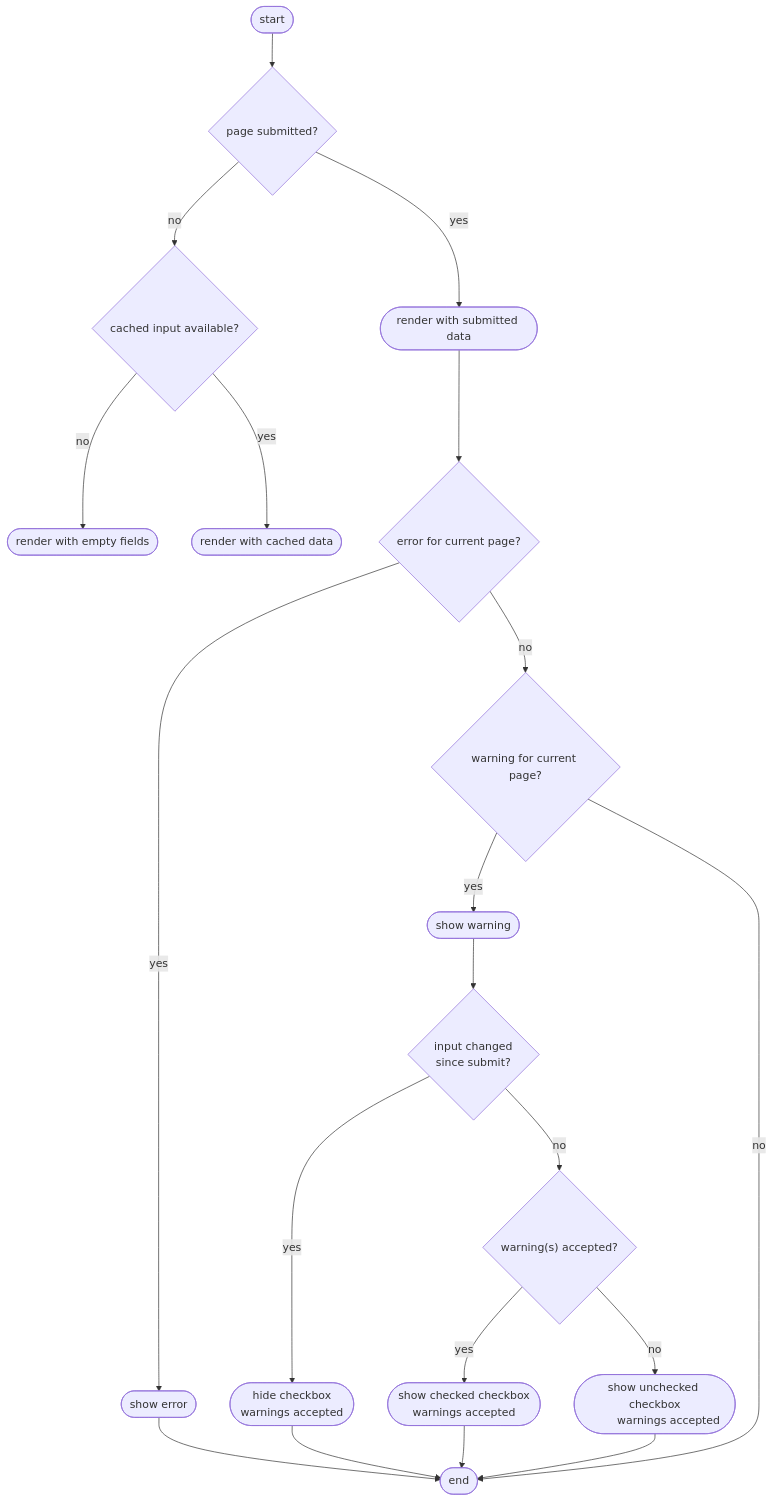
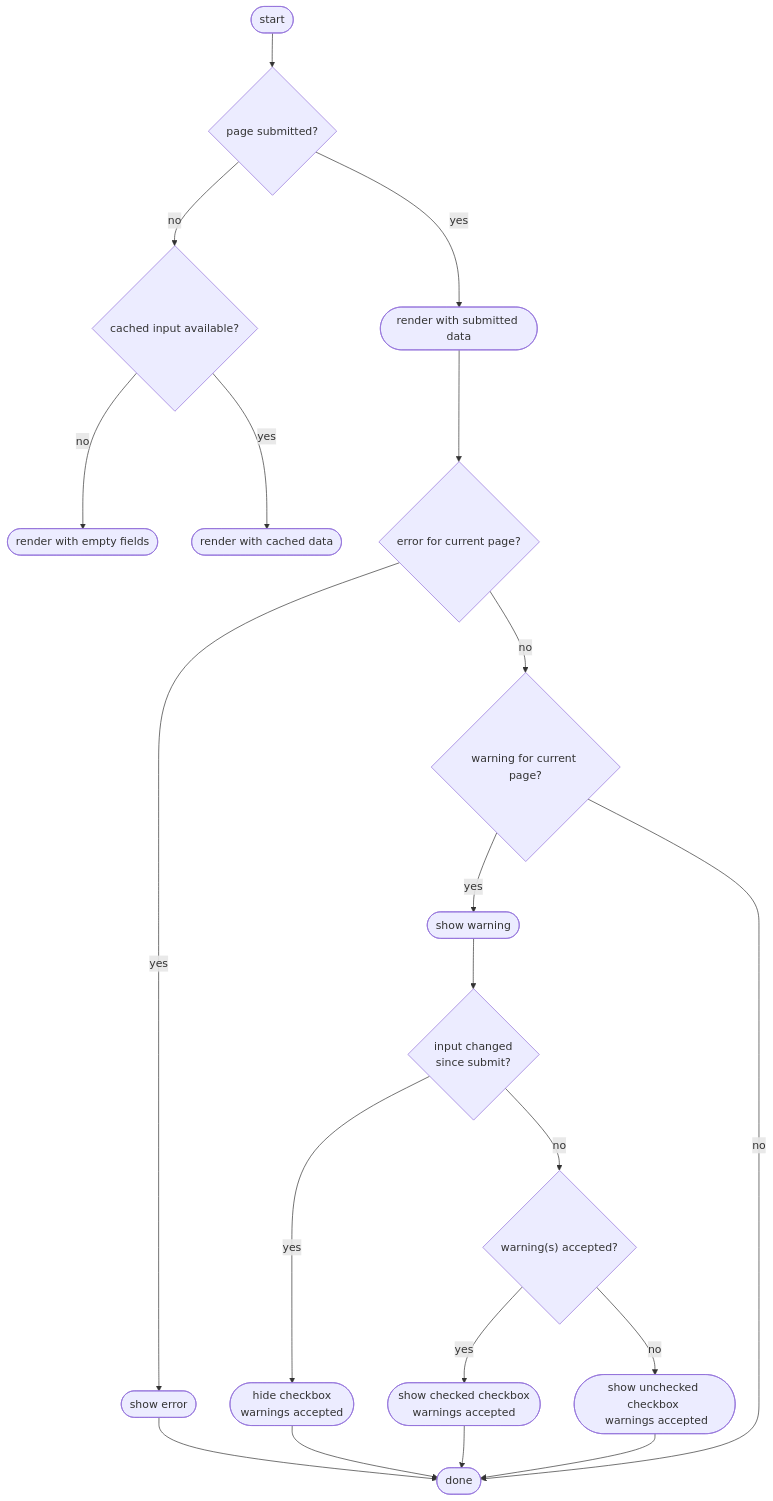
Before and after one commit to kiesraad/abacus: the second of 5 diagrams in documentatie/flowcharts/data-entry-forms.md, drawn with Mermaid. The commit also changed other lines of this file, not shown here.

Commit message:
Update data entry forms flowchart (#281)

````diff
--- a/documentatie/flowcharts/data-entry-forms.md
+++ b/documentatie/flowcharts/data-entry-forms.md
@@ -59,54 +62,50 @@
 ```mermaid
 flowchart TD
 
     %% elements
     flow-start([start])
+    flow-done([done])
 
     render-empty-fields([render with empty fields])
     render-cached-data([render with cached data])
-    flow-end([end])
 
     render-submitted-data([render with submitted data])
 
     show-error([show error])
-    hide-checkbox-accepted(["hide checkbox
-        warnings accepted"])
+    hide-checkbox-accepted(["hide checkbox \n warnings accepted"])
     show-warning([show warning])
-    show-checked-accepted(["show checked checkbox
-        warnings accepted"])
-    show-unchecked-accepted(["show unchecked checkbox
-        warnings accepted"])
+    show-checked-accepted(["show checked checkbox \n warnings accepted"])
+    show-unchecked-accepted(["show unchecked checkbox \n warnings accepted"])
 
     page-submitted{page submitted?}
     error-cur-page{error for current page?}
     warning-cur-page{warning for current page?}
     cached-input-available{cached input available?}
-    input-changed{"input changed
-        since submit?"}
+    input-changed{"input changed \n since submit?"}
     warning-accepted{"warning(s) accepted?"}
 
     %% flow
     flow-start --> page-submitted
 
     page-submitted -- no --> cached-input-available
     cached-input-available -- yes --> render-cached-data
     cached-input-available -- no --> render-empty-fields
     page-submitted -- yes --> render-submitted-data
     
     render-submitted-data --> error-cur-page
 
     error-cur-page -- yes --> show-error
-    show-error --> flow-end
+    show-error --> flow-done
     error-cur-page -- no --> warning-cur-page
 
     warning-cur-page -- yes --> show-warning
     show-warning --> input-changed
     input-changed -- yes --> hide-checkbox-accepted
-    hide-checkbox-accepted --> flow-end
+    hide-checkbox-accepted --> flow-done
     input-changed -- no --> warning-accepted
     warning-accepted -- yes --> show-checked-accepted
     warning-accepted -- no --> show-unchecked-accepted
-    show-checked-accepted --> flow-end
-    show-unchecked-accepted --> flow-end
-    warning-cur-page -- no --> flow-end
+    show-checked-accepted --> flow-done
+    show-unchecked-accepted --> flow-done
+    warning-cur-page -- no --> flow-done
 ```
````
